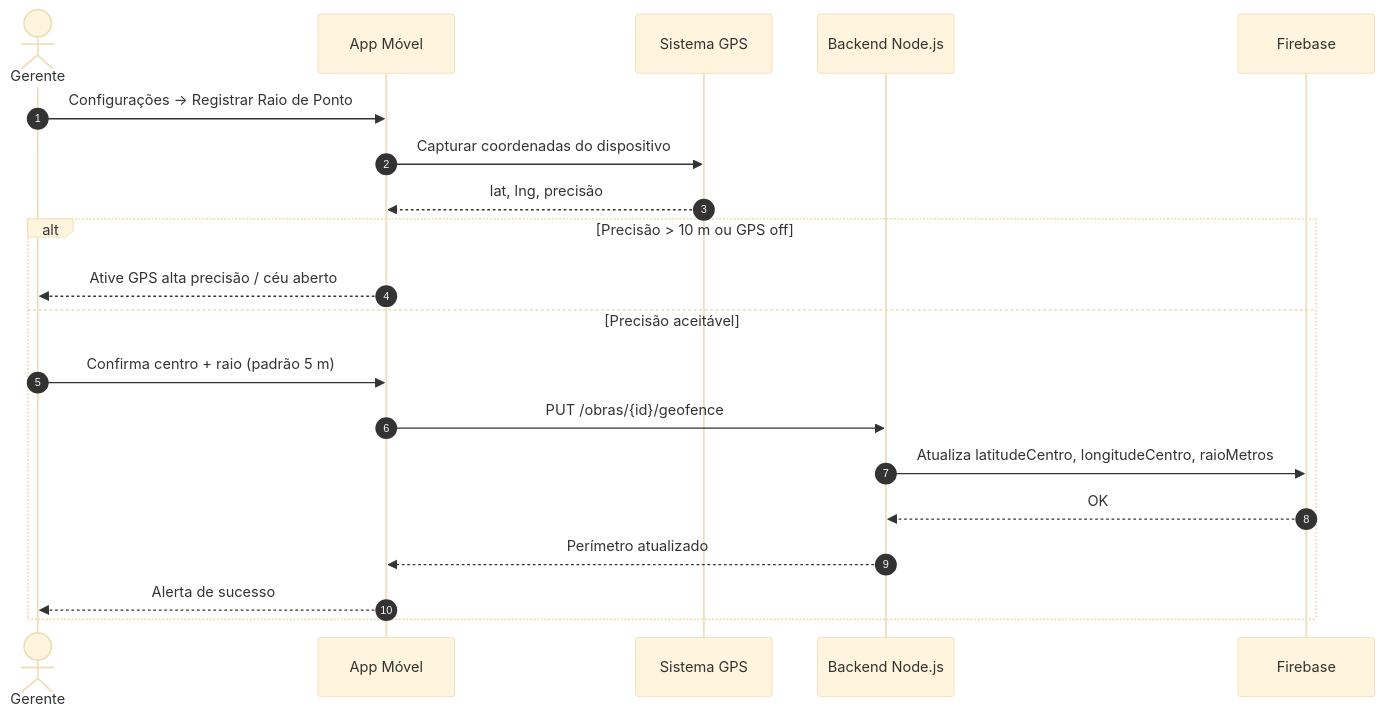
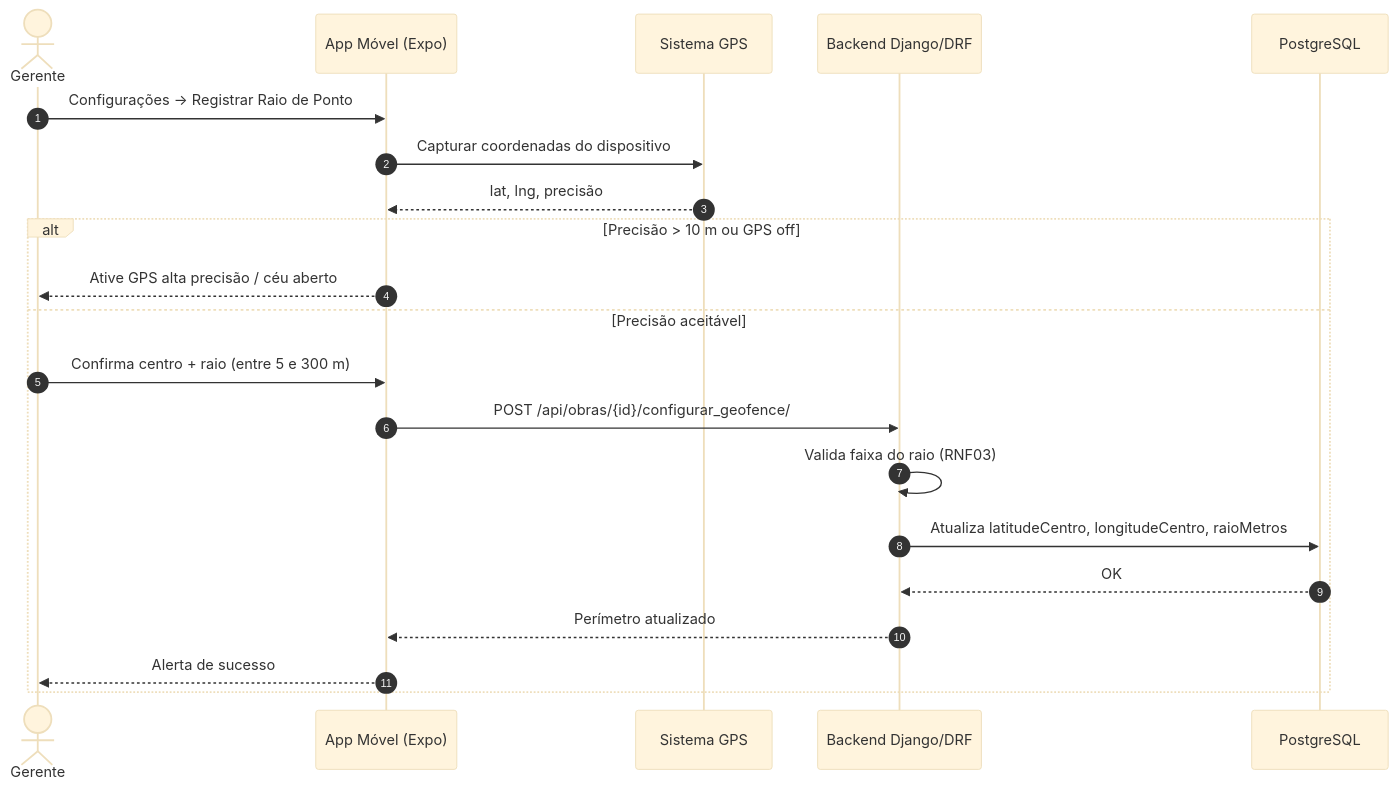
The third of 5 diagrams in docs/04-diagramas-de-sequencia.md (kelvinvass22/BuildPointIdAnexos), drawn with Mermaid (base theme) before and after one commit. The commit also changed other lines of this file and 6 other files, not shown here.

First line of the commit message:
docs: atualizar requisitos, diagramas e notas da Etapa 3 para refletir o sistema implementado

````diff
--- a/docs/04-diagramas-de-sequencia.md
+++ b/docs/04-diagramas-de-sequencia.md
@@ -93,24 +115,25 @@
 ```mermaid
 sequenceDiagram
   autonumber
   actor Gerente as Gerente
-  participant App as App Móvel
+  participant App as App Móvel (Expo)
   participant GPS as Sistema GPS
-  participant API as Backend Node.js
-  participant DB as Firebase
+  participant API as Backend Django/DRF
+  participant DB as PostgreSQL
 
   Gerente->>App: Configurações → Registrar Raio de Ponto
   App->>GPS: Capturar coordenadas do dispositivo
   GPS-->>App: lat, lng, precisão
 
   alt Precisão > 10 m ou GPS off
     App-->>Gerente: Ative GPS alta precisão / céu aberto
   else Precisão aceitável
-    Gerente->>App: Confirma centro + raio (padrão 5 m)
-    App->>API: PUT /obras/{id}/geofence
+    Gerente->>App: Confirma centro + raio (entre 5 e 300 m)
+    App->>API: POST /api/obras/{id}/configurar_geofence/
+    API->>API: Valida faixa do raio (RNF03)
     API->>DB: Atualiza latitudeCentro, longitudeCentro, raioMetros
     DB-->>API: OK
     API-->>App: Perímetro atualizado
     App-->>Gerente: Alerta de sucesso
   end
 ```
````
